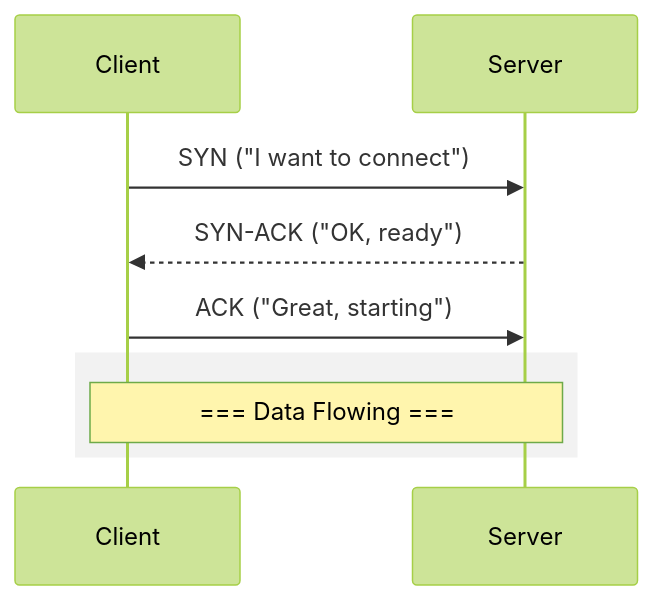
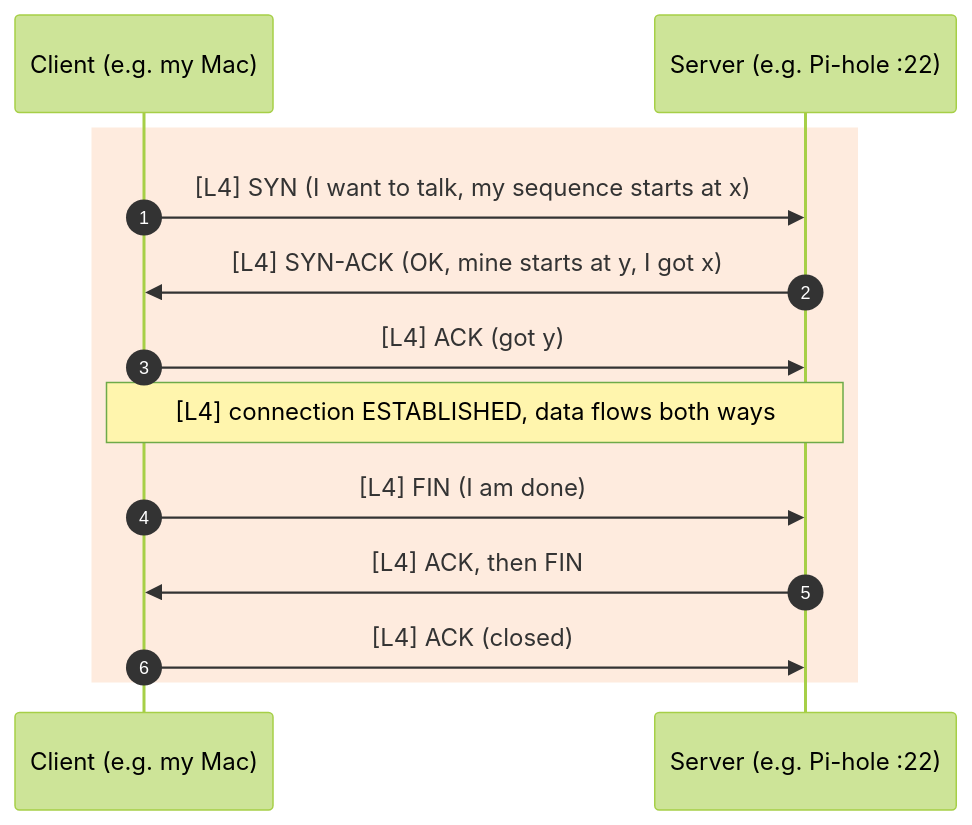
Before and after one commit to mithun3/tech-blog: the first of 3 diagrams in content/pages/networking/basics/tcp-ip-protocols.mdx, drawn with Mermaid (forest theme). The commit also changed other lines of this file and 8 other files, not shown here.

````diff
--- a/content/pages/networking/basics/tcp-ip-protocols.mdx
+++ b/content/pages/networking/basics/tcp-ip-protocols.mdx
@@ -42,13 +44,15 @@
 ```mermaid
 sequenceDiagram
-  participant Client
-  participant Server
-  
-  Client->>Server: SYN ("I want to connect")
-  Server-->>Client: SYN-ACK ("OK, ready")
-  Client->>Server: ACK ("Great, starting")
-  
-  rect rgba(128, 128, 128, 0.1)
-  Note over Client,Server: === Data Flowing ===
-  end
+    autonumber
+    participant C as Client (e.g. my Mac)
+    participant S as Server (e.g. Pi-hole :22)
+    rect rgba(249, 115, 22, 0.14)
+    C->>S: [L4] SYN (I want to talk, my sequence starts at x)
+    S->>C: [L4] SYN-ACK (OK, mine starts at y, I got x)
+    C->>S: [L4] ACK (got y)
+    Note over C,S: [L4] connection ESTABLISHED, data flows both ways
+    C->>S: [L4] FIN (I am done)
+    S->>C: [L4] ACK, then FIN
+    C->>S: [L4] ACK (closed)
+    end
 ```
````
